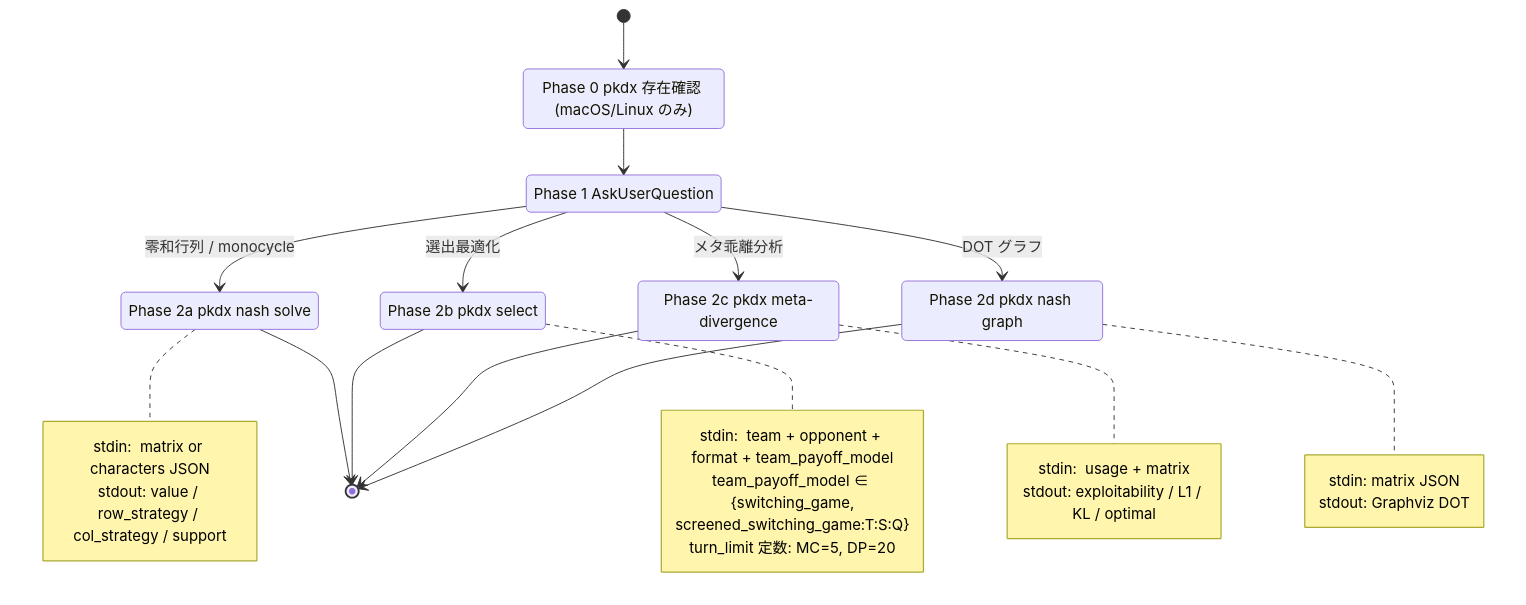
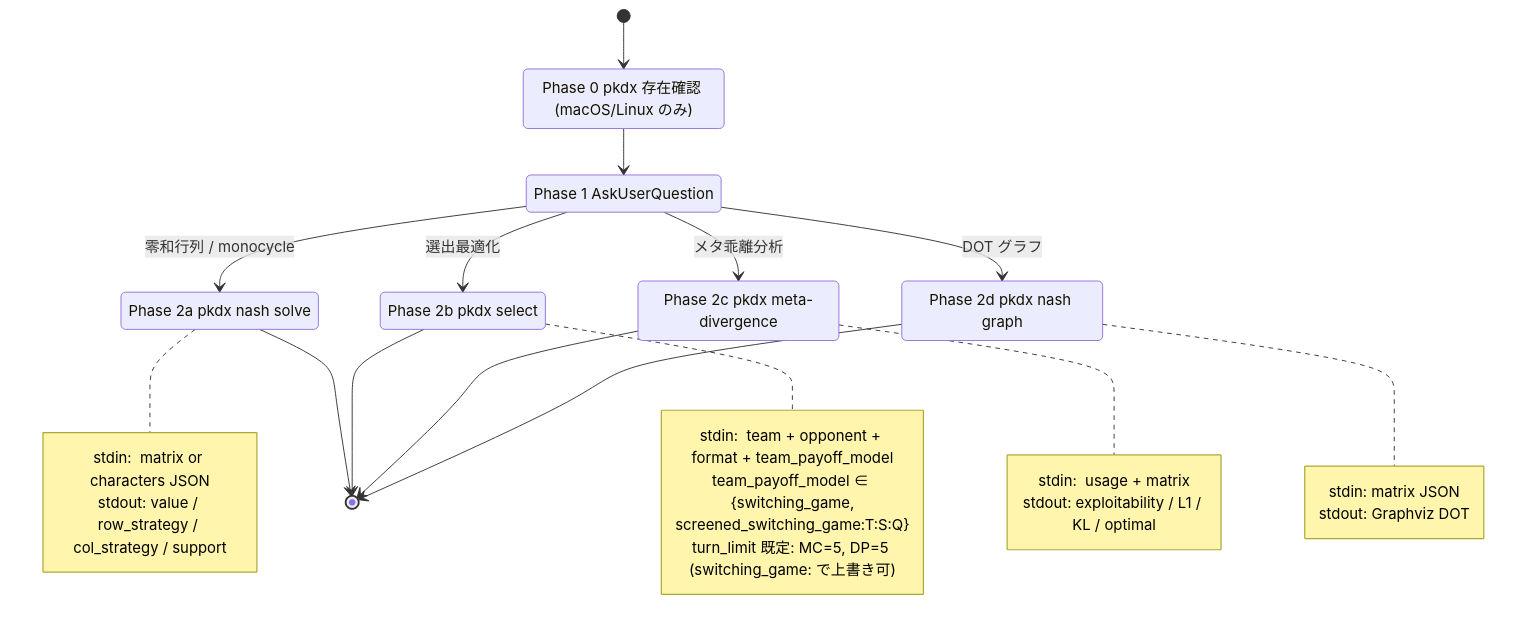
The fourth of 9 diagrams in .claude/architecture.md (pkdxtools/pkdx), drawn with Mermaid before and after one commit. The commit also changed other lines of this file and 5 other files, not shown here.

First line of the commit message:
refactor(nash): lower default DP_TURN_LIMIT from 20 to 5

````diff
--- a/.claude/architecture.md
+++ b/.claude/architecture.md
@@ -175,42 +175,42 @@
 ```mermaid
 stateDiagram-v2
   [*] --> N0
   N0: Phase 0 pkdx 存在確認 (macOS/Linux のみ)
   N0 --> N1
 
   N1: Phase 1 AskUserQuestion
   N1 --> NS: 零和行列 / monocycle
   N1 --> SEL: 選出最適化
   N1 --> MD: メタ乖離分析
   N1 --> GR: DOT グラフ
 
   NS: Phase 2a pkdx nash solve
   note right of NS
     stdin:  matrix or characters JSON
     stdout: value / row_strategy / col_strategy / support
   end note
   NS --> [*]
 
   SEL: Phase 2b pkdx select
   note right of SEL
     stdin:  team + opponent + format + team_payoff_model
     team_payoff_model ∈ {switching_game,
       screened_switching_game:T:S:Q}
-    turn_limit 定数: MC=5, DP=20
+    turn_limit 既定: MC=5, DP=5 (switching_game:<N> で上書き可)
   end note
   SEL --> [*]
 
   MD: Phase 2c pkdx meta-divergence
   note right of MD
     stdin:  usage + matrix
     stdout: exploitability / L1 / KL / optimal
   end note
   MD --> [*]
 
   GR: Phase 2d pkdx nash graph
   note right of GR
     stdin:  matrix JSON
     stdout: Graphviz DOT
   end note
   GR --> [*]
 ```
````
